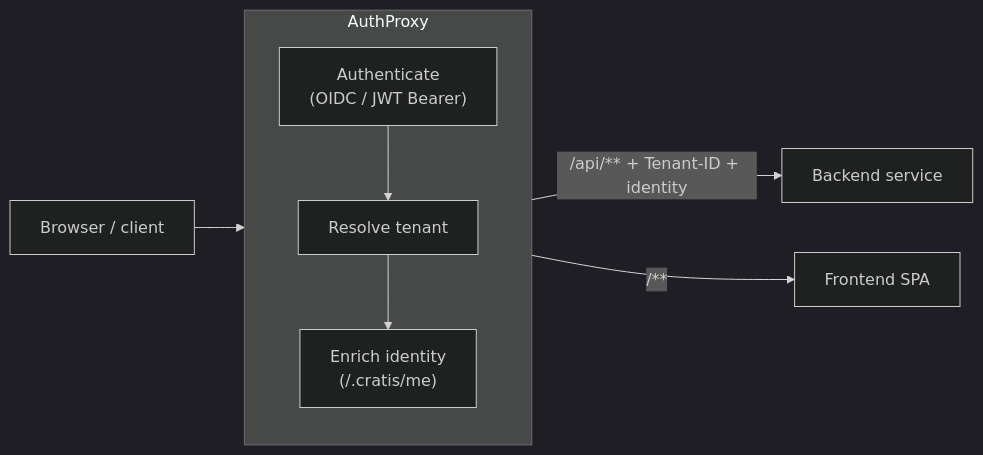
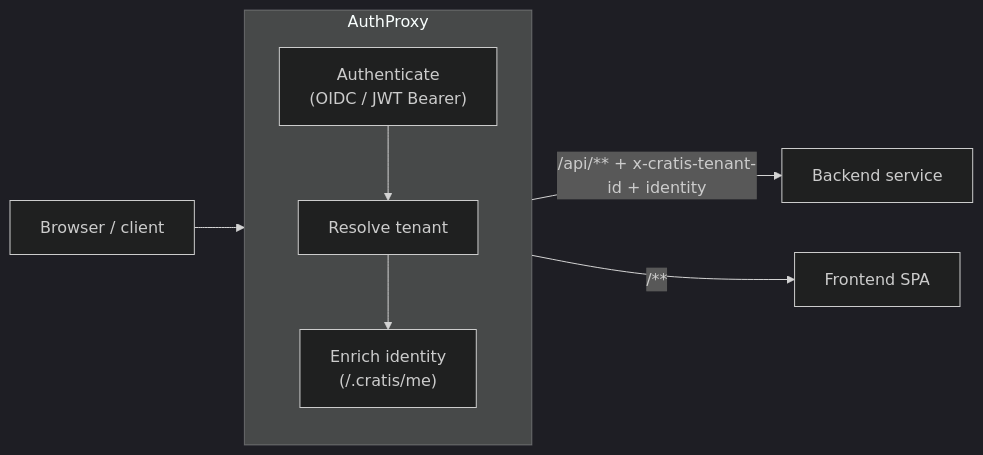
Before and after one commit to Cratis/AuthProxy: the diagram in Documentation/index.mdx, drawn with Mermaid (dark theme). The commit also changed 37 other files, not shown here.

First line of the commit message:
Align tenant and service headers with Arc and strip inbound tenant headers (#165)

````diff
--- a/Documentation/index.mdx
+++ b/Documentation/index.mdx
@@ -20,15 +20,15 @@
 ```mermaid
 flowchart LR
     User["Browser / client"] --> AP
 
     subgraph AP["AuthProxy"]
         direction TB
         AUTH["Authenticate<br/>(OIDC / JWT Bearer)"]
         TEN["Resolve tenant"]
         ID["Enrich identity<br/>(/.cratis/me)"]
         AUTH --> TEN --> ID
     end
 
-    AP -->|"/api/** + Tenant-ID + identity"| BE["Backend service"]
+    AP -->|"/api/** + x-cratis-tenant-id + identity"| BE["Backend service"]
     AP -->|"/** "| FE["Frontend SPA"]
 ```
````
